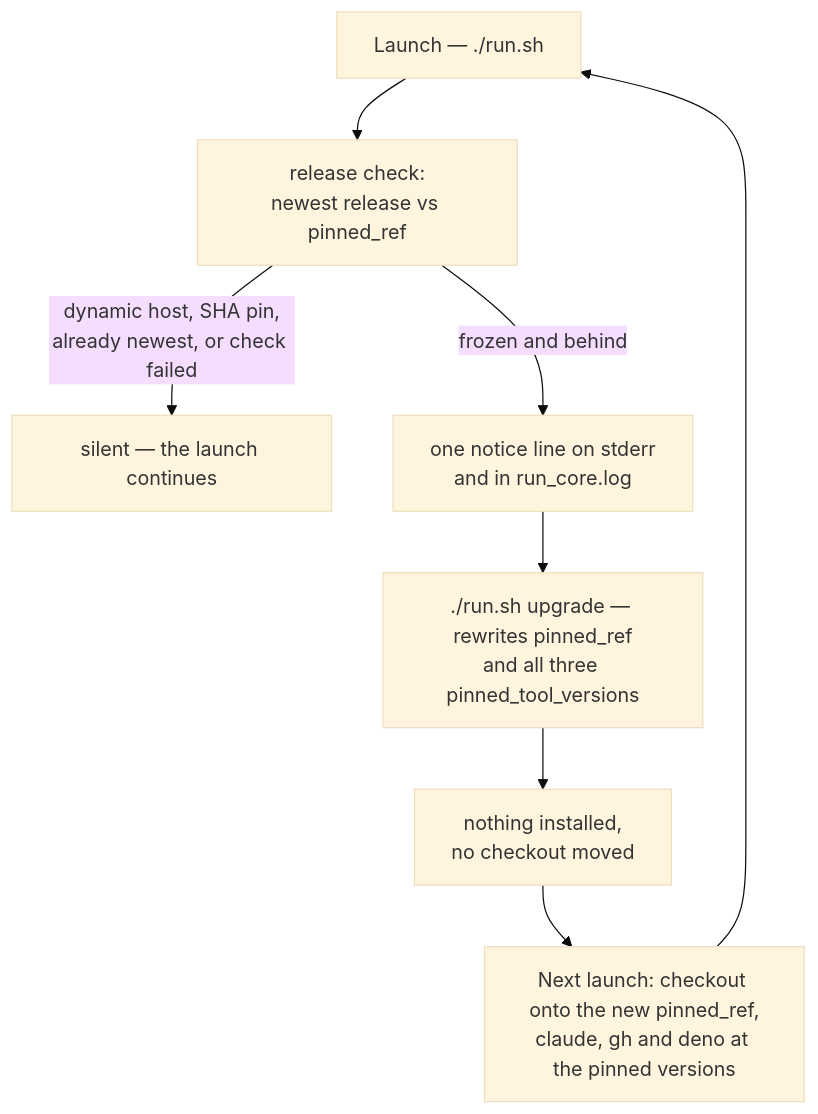
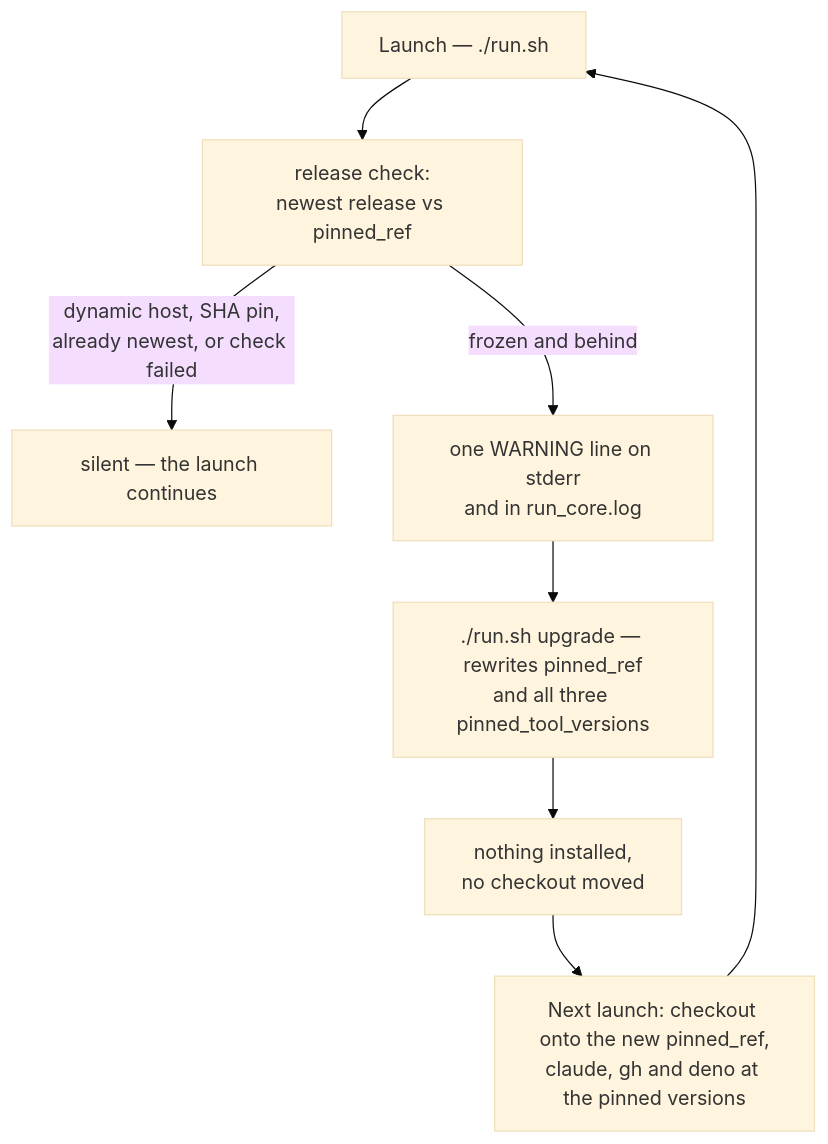
One commit to stSoftwareAU/VibeCoder changed the sixth of 29 diagrams in docs/CONFIGURATION.md. Above: the diagram before and after it, drawn with Mermaid (base theme). The commit also changed other lines of this file and 6 other files, not shown here.

````diff
--- a/docs/CONFIGURATION.md
+++ b/docs/CONFIGURATION.md
@@ -1247,10 +1254,10 @@
 ```mermaid
 flowchart TD
     L["Launch — ./run.sh"] --> C["release check:<br/>newest release vs pinned_ref"]
     C -->|"dynamic host, SHA pin,<br/>already newest, or check failed"| S["silent — the launch continues"]
-    C -->|"frozen and behind"| N["one notice line on stderr<br/>and in run_core.log"]
+    C -->|"frozen and behind"| N["one WARNING line on stderr<br/>and in run_core.log"]
     N --> U["./run.sh upgrade — rewrites pinned_ref<br/>and all three pinned_tool_versions"]
     U --> W["nothing installed,<br/>no checkout moved"]
     W --> X["Next launch: checkout onto the new pinned_ref,<br/>claude, gh and deno at the pinned versions"]
     X --> L
 ```
````
